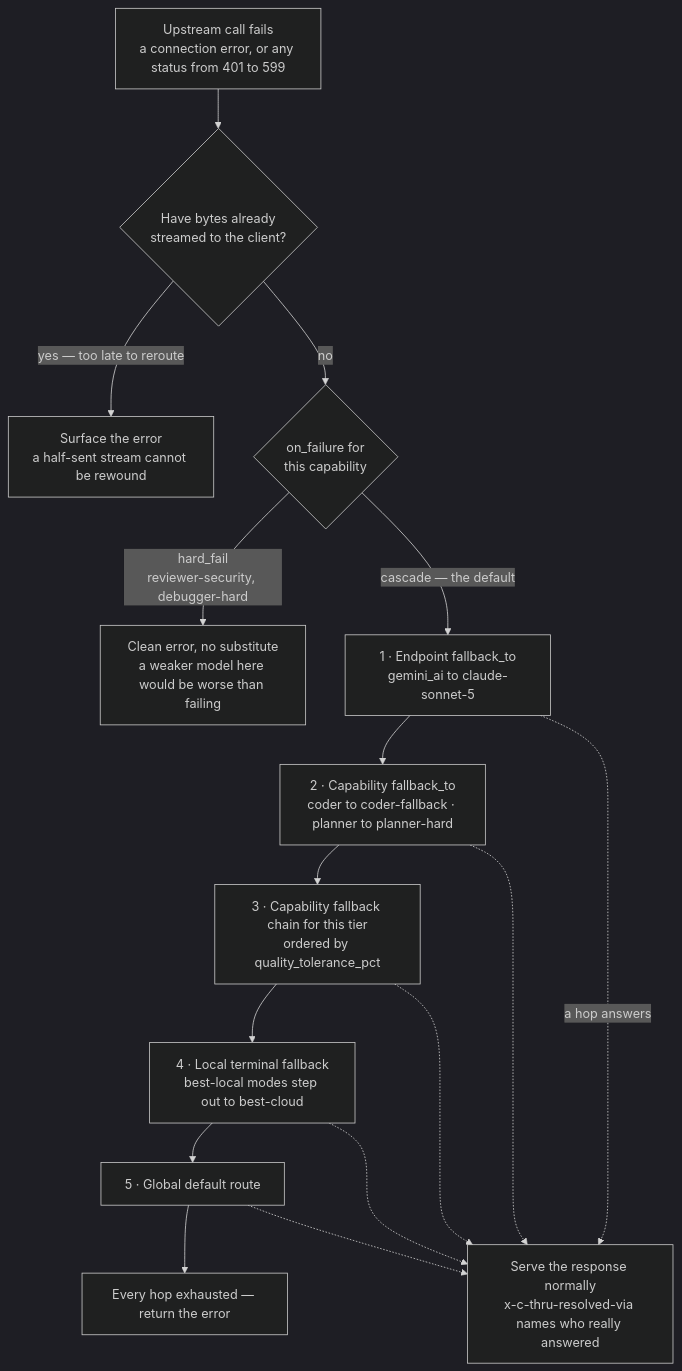
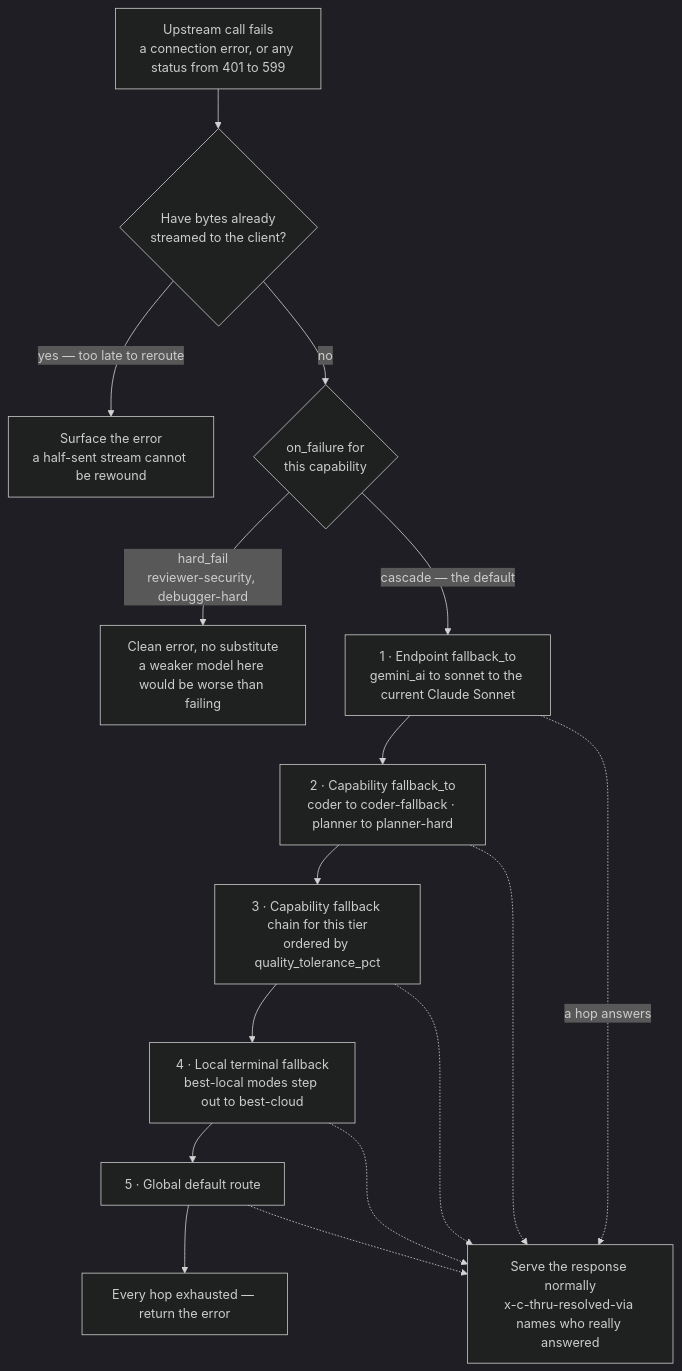
The sixth of 7 diagrams in README.md (whichguy/c-thru), drawn with Mermaid (dark theme) before and after one commit. The commit also changed other lines of this file and 69 other files, not shown here.

````diff
--- a/README.md
+++ b/README.md
@@ -821,26 +822,26 @@
 ```mermaid
 flowchart TD
     START["Upstream call fails<br/>a connection error, or any status from 401 to 599"] --> WINDOW
 
     WINDOW{"Have bytes already<br/>streamed to the client?"}
     WINDOW -->|"yes — too late to reroute"| SURFACE["Surface the error<br/>a half-sent stream cannot be rewound"]
     WINDOW -->|"no"| GATE
 
     GATE{"on_failure for<br/>this capability"}
     GATE -->|"hard_fail<br/>reviewer-security, debugger-hard"| STOP["Clean error, no substitute<br/>a weaker model here would be worse than failing"]
     GATE -->|"cascade — the default"| S1
 
-    S1["1 · Endpoint fallback_to<br/>gemini_ai to claude-sonnet-5"] --> S2
+    S1["1 · Endpoint fallback_to<br/>gemini_ai to sonnet to the current Claude Sonnet"] --> S2
     S2["2 · Capability fallback_to<br/>coder to coder-fallback · planner to planner-hard"] --> S3
     S3["3 · Capability fallback chain for this tier<br/>ordered by quality_tolerance_pct"] --> S4
     S4["4 · Local terminal fallback<br/>best-local modes step out to best-cloud"] --> S5
     S5["5 · Global default route"] --> EXHAUST["Every hop exhausted — return the error"]
 
     S1 -.->|"a hop answers"| OK
     S2 -.-> OK
     S3 -.-> OK
     S4 -.-> OK
     S5 -.-> OK
 
     OK["Serve the response normally<br/>x-c-thru-resolved-via names who really answered"]
 ```
````
